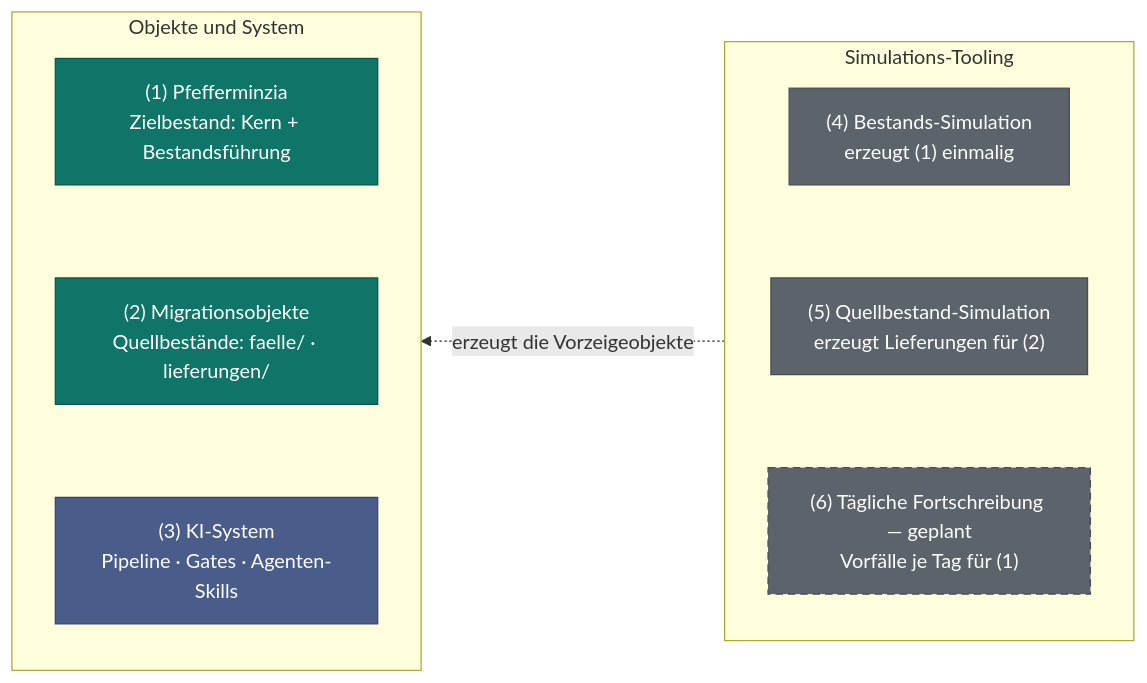
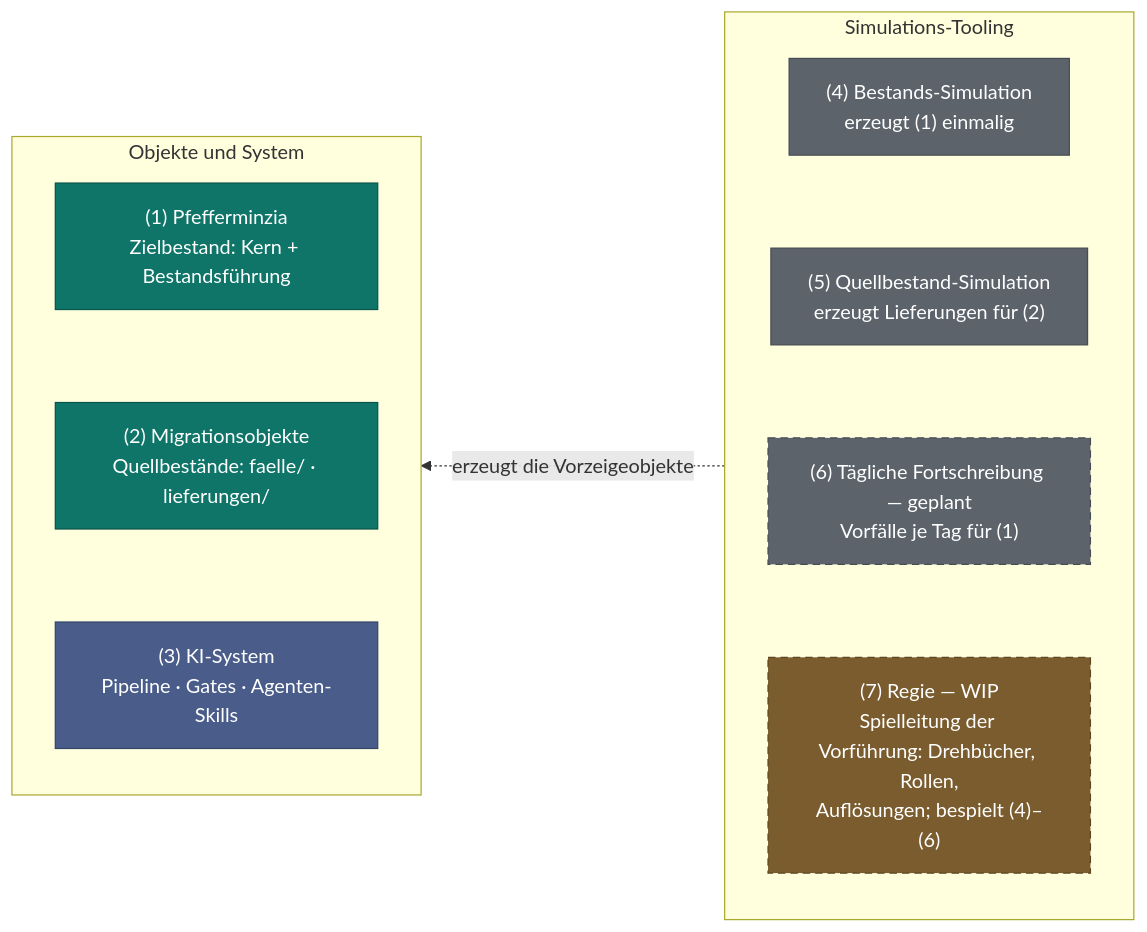
The first of 2 diagrams in README.md (bartlmac/rechner-pipeline), drawn with Mermaid before and after one commit. The commit also changed other lines of this file and 2 other files, not shown here.

Commit message:
docs(readme): Regie ist die siebte Komponente des Bildes -- WIP-gekennzeichnet
Das Komponentenbild kannte Objekte/System und das Simulations-Tooling;
die Spielleitung der Vorfuehrung fehlte, obwohl sie laengst existiert
(Spielleiter-Bereiche, Rollen samt Zeichnungsordnung, Abbruchkriterien,
Laufdrehbuecher). Sie steht jetzt als Komponente (7) im Tooling-Block --
gestrichelt wie das geplante Tooling, mit eigenem Farbton und dem
Verweis auf den Stub dev-docs/regie.md. Der Absatz darunter zieht die
Grenze: wie die Simulation gehoert die Regie zum Gesamtbild, aber nicht
zum System.

Stub und Backlog fuehren nur noch das, was wirklich aussteht: das
Kapitel ausformulieren und aus AGENTS/ONBOARDING verweisen.

Generated with Claude Code

````diff
--- a/README.md
+++ b/README.md
@@ -42,33 +42,38 @@
 ```mermaid
 flowchart RL
     subgraph OBJEKTE["Objekte und System"]
         direction TB
         P1["(1) Pfefferminzia
 Zielbestand: Kern + Bestandsführung"]
         F2["(2) Migrationsobjekte
 Quellbestände: faelle/ · lieferungen/"]
         S3["(3) KI-System
 Pipeline · Gates · Agenten-Skills"]
         P1 ~~~ F2 ~~~ S3
     end
     subgraph TOOLING["Simulations-Tooling"]
         direction TB
         T4["(4) Bestands-Simulation
 erzeugt (1) einmalig"]
         T5["(5) Quellbestand-Simulation
 erzeugt Lieferungen für (2)"]
         T6["(6) Tägliche Fortschreibung — geplant
 Vorfälle je Tag für (1)"]
-        T4 ~~~ T5 ~~~ T6
+        R7["(7) Regie — WIP
+Spielleitung der Vorführung: Drehbücher, Rollen,
+Auflösungen; bespielt (4)–(6)"]
+        T4 ~~~ T5 ~~~ T6 ~~~ R7
     end
     TOOLING -. "erzeugt die Vorzeigeobjekte" .-> OBJEKTE
 
     classDef objekt fill:#0e7568,stroke:#0a544b,color:#ffffff
     classDef system fill:#4a5d8a,stroke:#36466b,color:#ffffff
     classDef sim fill:#5c636b,stroke:#464c53,color:#ffffff
     classDef geplant stroke-dasharray: 6 4
     class P1,F2 objekt
     class S3 system
     class T4,T5,T6 sim
-    class T6 geplant
+    classDef regie fill:#7a5c2e,stroke:#5d461f,color:#ffffff
+    class R7 regie
+    class T6,R7 geplant
 ```
````
